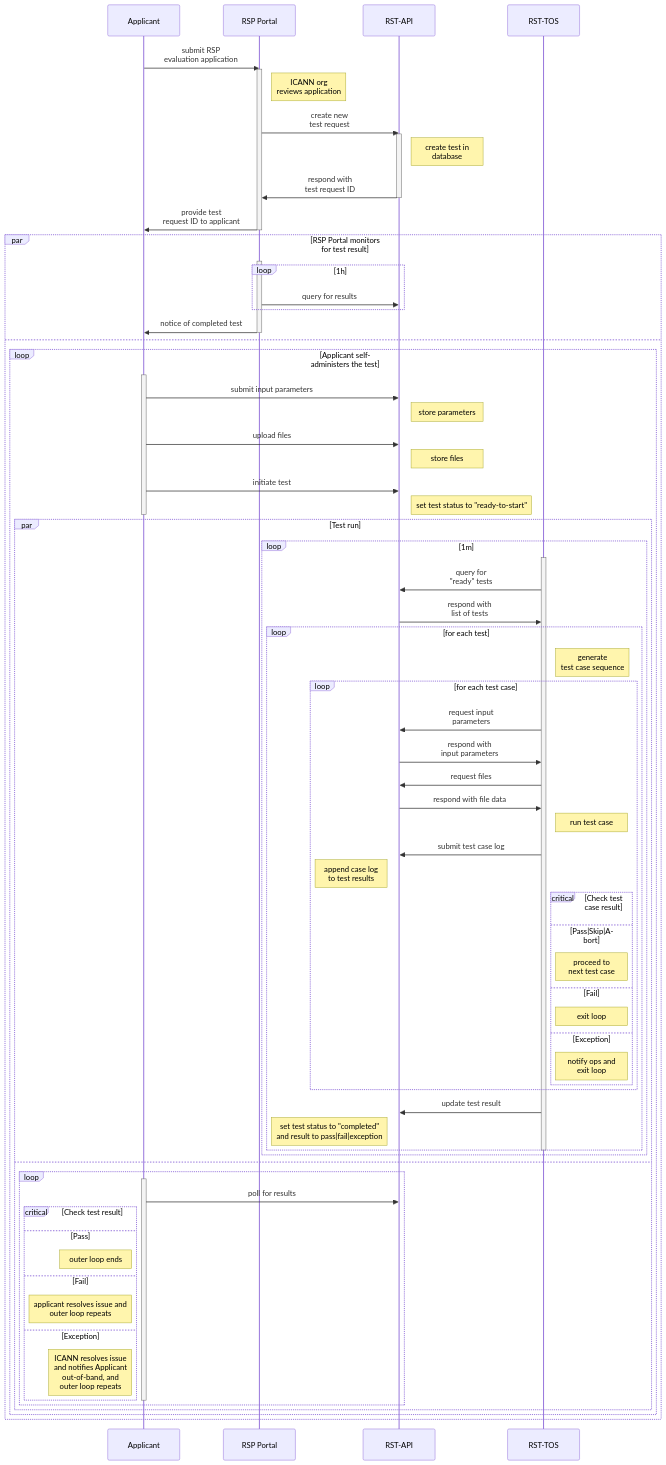
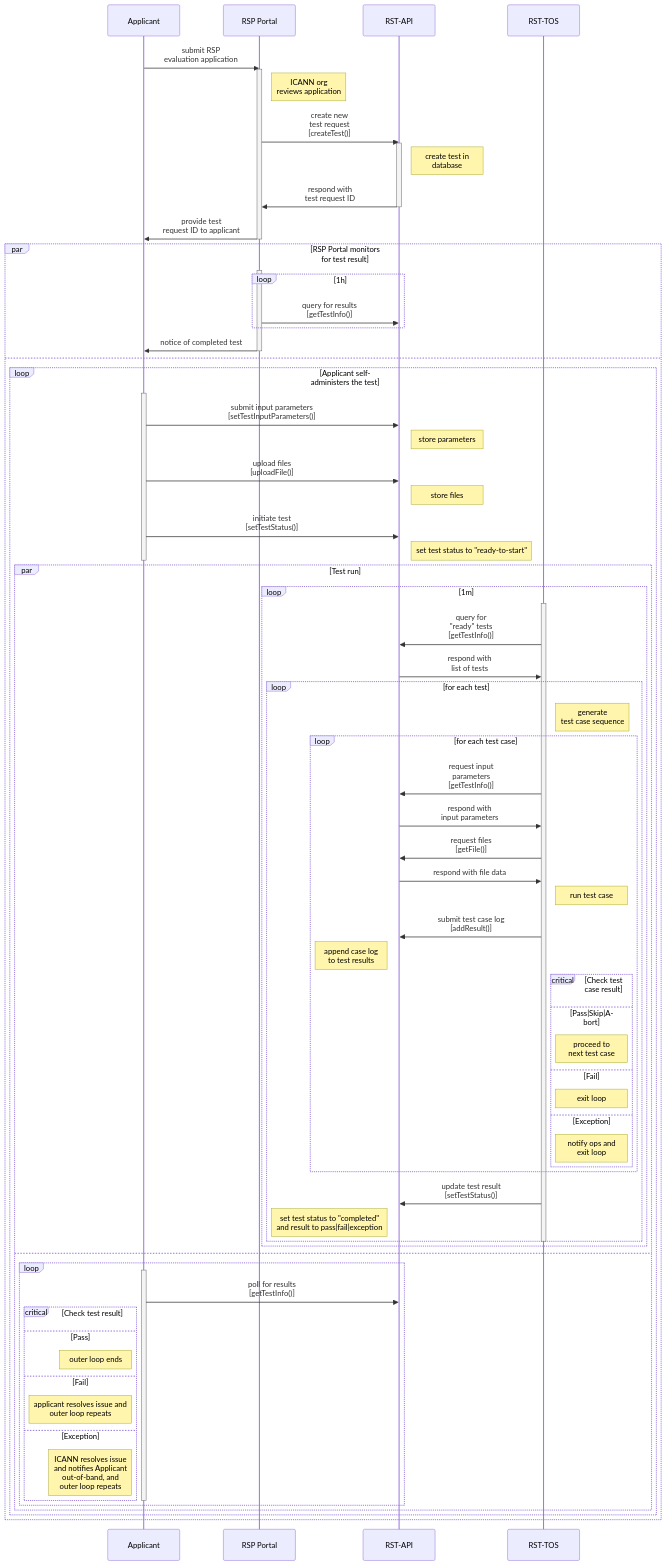
Before and after one commit to icann/rst-api-spec: the diagram in etc/workflow.mmd, drawn with Mermaid. The commit also changed 1 other file, not shown here.

Commit message:
updated workflow diagram

```diff
--- a/etc/workflow.mmd
+++ b/etc/workflow.mmd
@@ -1,84 +1,84 @@
 sequenceDiagram
     Applicant->>RSP Portal: submit RSP<br>evaluation application
 
     Activate RSP Portal
 
     Note right of RSP Portal: ICANN org<br>reviews application
 
-    RSP Portal->>RST-API: create new<br>test request
+    RSP Portal->>RST-API: create new<br>test request<br>[createTest()]
 
     Activate RST-API
     Note right of RST-API: create test in<br>database
     RST-API->>RSP Portal: respond with<br>test request ID
     Deactivate RST-API
 
     RSP Portal->>Applicant: provide test<br>request ID to applicant
 
     Deactivate RSP Portal
 
     par RSP Portal monitors<br>for test result
         Activate RSP Portal
 
         loop 1h
-            RSP Portal->>RST-API: query for results
+            RSP Portal->>RST-API: query for results<br>[getTestInfo()]
         end
 
         RSP Portal->>Applicant: notice of completed test
 
         Deactivate RSP Portal
     and
         loop Applicant self-<br>administers the test
             Activate Applicant
-            Applicant->>RST-API: submit input parameters
+            Applicant->>RST-API: submit input parameters<br>[setTestInputParameters()]
             Note right of RST-API: store parameters
-            Applicant->>RST-API: upload files
+            Applicant->>RST-API: upload files<br>[uploadFile()]
             Note right of RST-API: store files
-            Applicant->>RST-API: initiate test
+            Applicant->>RST-API: initiate test<br>[setTestStatus()]
             Note right of RST-API: set test status to "ready-to-start"
             Deactivate Applicant
             par Test run
                 loop 1m
                     Activate RST-TOS
-                    RST-TOS->>RST-API: query for<br>"ready" tests
+                    RST-TOS->>RST-API: query for<br>"ready" tests<br>[getTestInfo()]
                     RST-API->>RST-TOS: respond with<br>list of tests
                     loop for each test
                         Note right of RST-TOS: generate<br>test case sequence
                         loop for each test case
-                            RST-TOS->>RST-API: request input<br>parameters
+                            RST-TOS->>RST-API: request input<br>parameters<br>[getTestInfo()]
                             RST-API->>RST-TOS: respond with<br>input parameters
-                            RST-TOS->>RST-API: request files
+                            RST-TOS->>RST-API: request files<br>[getFile()]
                             RST-API->>RST-TOS: respond with file data
                             Note right of RST-TOS: run test case
-                            RST-TOS->>RST-API: submit test case log
+                            RST-TOS->>RST-API: submit test case log<br>[addResult()]
                             Note left of RST-API: append case log<br>to test results
                             critical Check test case result
                             option Pass|Skip|Abort
                                 note right of RST-TOS: proceed to<br>next test case
                             option Fail
                                 note right of RST-TOS: exit loop
                             option Exception
                                 note right of RST-TOS: notify ops and <br>exit loop
                             end
                         end
-                        RST-TOS->>RST-API: update test result
+                        RST-TOS->>RST-API: update test result<br>[setTestStatus()]
                         Note left of RST-API: set test status to "completed"<br>and result to pass|fail|exception
                     end
                     Deactivate RST-TOS
                 end
             and
                 loop
                     Activate Applicant
-                    Applicant->>RST-API: poll for results
+                    Applicant->>RST-API: poll for results<br>[getTestInfo()]
                     critical Check test result
                     option Pass
                         Note left of Applicant: outer loop ends
                     option Fail
                         note left of Applicant: applicant resolves issue and<br>outer loop repeats
                     option Exception
                         Note left of Applicant: ICANN resolves issue<br>and notifies Applicant<br>out-of-band, and<br>outer loop repeats
                     end
                     Deactivate Applicant
                 end
             end
         end
     end
```
